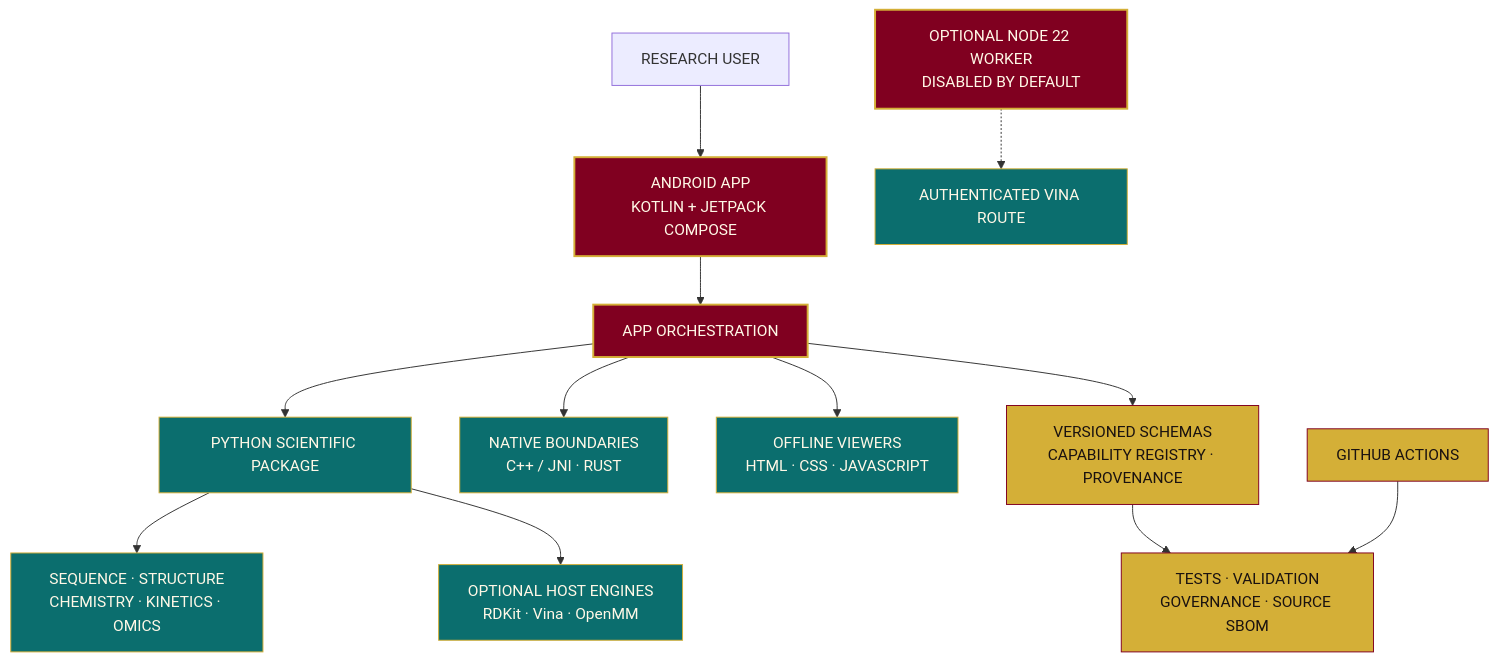
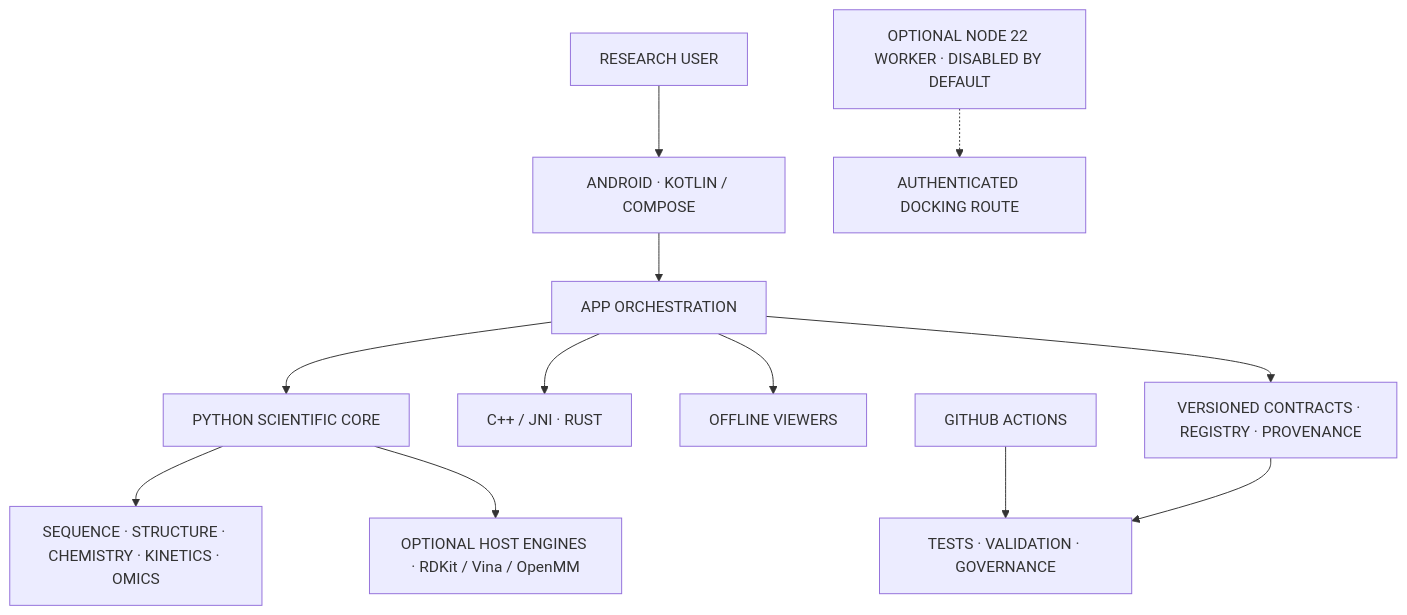
Before and after one commit to AssayFlux/Kinetics: the diagram in README.md, drawn with Mermaid. The commit also changed other lines of this file and 1 other file, not shown here.

````diff
--- a/README.md
+++ b/README.md
@@ -270,20 +153,14 @@
 ```mermaid
 flowchart TD
-    USER["RESEARCH USER"] --> ANDROID["ANDROID APP<br/>KOTLIN + JETPACK COMPOSE"]
+    USER["RESEARCH USER"] --> ANDROID["ANDROID · KOTLIN / COMPOSE"]
     ANDROID --> APP["APP ORCHESTRATION"]
-    APP --> PY["PYTHON SCIENTIFIC PACKAGE"]
-    APP --> NATIVE["NATIVE BOUNDARIES<br/>C++ / JNI · RUST"]
-    APP --> VIEW["OFFLINE VIEWERS<br/>HTML · CSS · JAVASCRIPT"]
-    APP --> CONTRACTS["VERSIONED SCHEMAS<br/>CAPABILITY REGISTRY · PROVENANCE"]
-    PY --> SCI["SEQUENCE · STRUCTURE<br/>CHEMISTRY · KINETICS · OMICS"]
-    PY --> OPT["OPTIONAL HOST ENGINES<br/>RDKit · Vina · OpenMM"]
-    NODE["OPTIONAL NODE 22 WORKER<br/>DISABLED BY DEFAULT"] -.-> VINA["AUTHENTICATED VINA ROUTE"]
-    CONTRACTS --> CHECKS["TESTS · VALIDATION<br/>GOVERNANCE · SOURCE SBOM"]
-    CI["GITHUB ACTIONS"] --> CHECKS
-    classDef royal fill:#800020,color:#FFF8E7,stroke:#D4AF37,stroke-width:2px;
-    classDef gold fill:#D4AF37,color:#1A1210,stroke:#800020,stroke-width:1px;
-    classDef teal fill:#0B6E6E,color:#FFF8E7,stroke:#D4AF37,stroke-width:1px;
-    class ANDROID,APP,NODE royal;
-    class CONTRACTS,CHECKS,CI gold;
-    class PY,NATIVE,VIEW,SCI,OPT,VINA teal;
+    APP --> PY["PYTHON SCIENTIFIC CORE"]
+    APP --> NATIVE["C++ / JNI · RUST"]
+    APP --> VIEW["OFFLINE VIEWERS"]
+    APP --> CONTRACTS["VERSIONED CONTRACTS · REGISTRY · PROVENANCE"]
+    PY --> SCI["SEQUENCE · STRUCTURE · CHEMISTRY · KINETICS · OMICS"]
+    PY --> OPTIONAL["OPTIONAL HOST ENGINES · RDKit / Vina / OpenMM"]
+    NODE["OPTIONAL NODE 22 WORKER · DISABLED BY DEFAULT"] -.-> VINA["AUTHENTICATED DOCKING ROUTE"]
+    CI["GITHUB ACTIONS"] --> CHECKS["TESTS · VALIDATION · GOVERNANCE"]
+    CONTRACTS --> CHECKS
 ```
````
